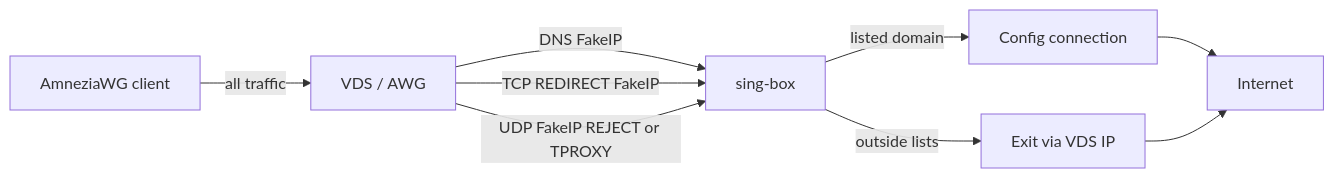
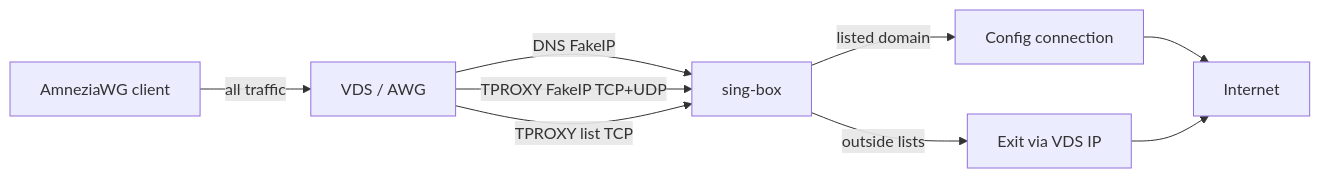
One commit to alt-plus-255/awg-gui changed the diagram in readme/en/resolver.md. Above: the diagram before and after it, drawn with Mermaid. The commit also changed other lines of this file and 14 other files, not shown here.

````diff
--- a/readme/en/resolver.md
+++ b/readme/en/resolver.md
@@ -25,11 +25,11 @@
 ```mermaid
 flowchart LR
   Client[AmneziaWG client] -->|all traffic| VDS[VDS / AWG]
   VDS -->|DNS FakeIP| SB[sing-box]
-  VDS -->|TCP REDIRECT FakeIP| SB
-  VDS -->|UDP FakeIP REJECT or TPROXY| SB
+  VDS -->|TPROXY FakeIP TCP+UDP| SB
+  VDS -->|TPROXY list TCP| SB
   SB -->|listed domain| Conn[Config connection]
   SB -->|outside lists| VDSip[Exit via VDS IP]
   Conn --> Internet[Internet]
   VDSip --> Internet
 ```
````
